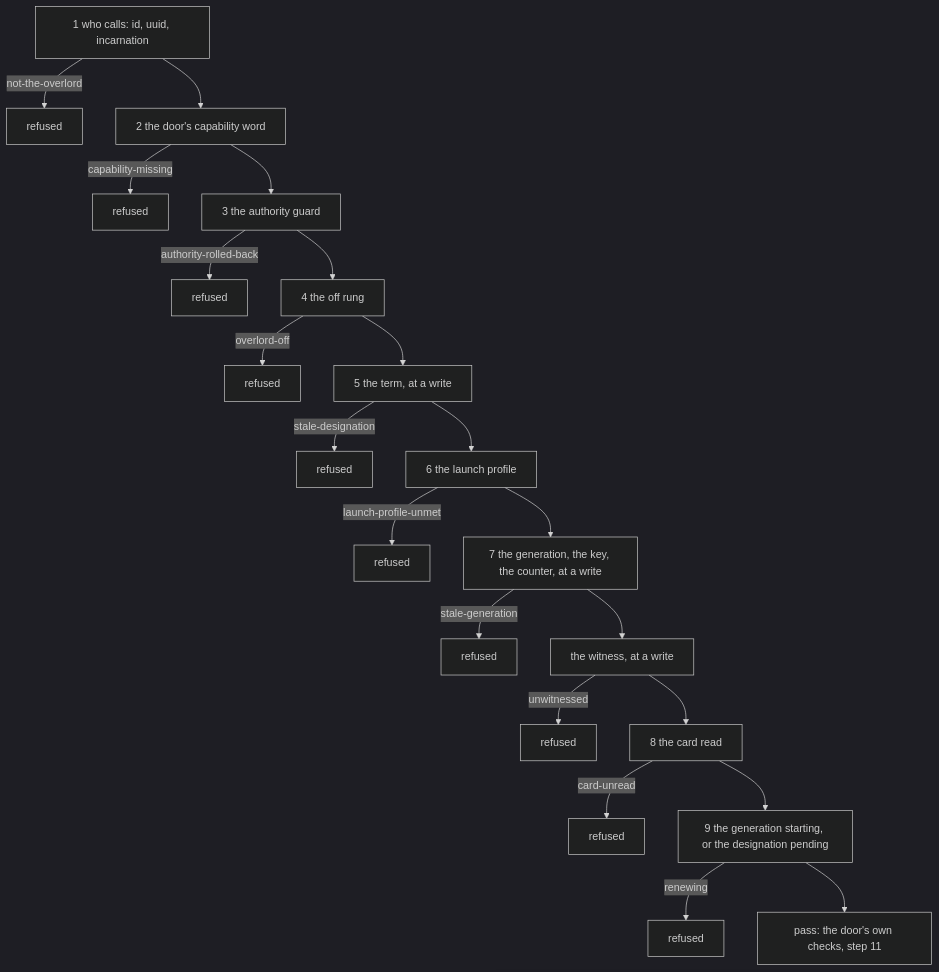
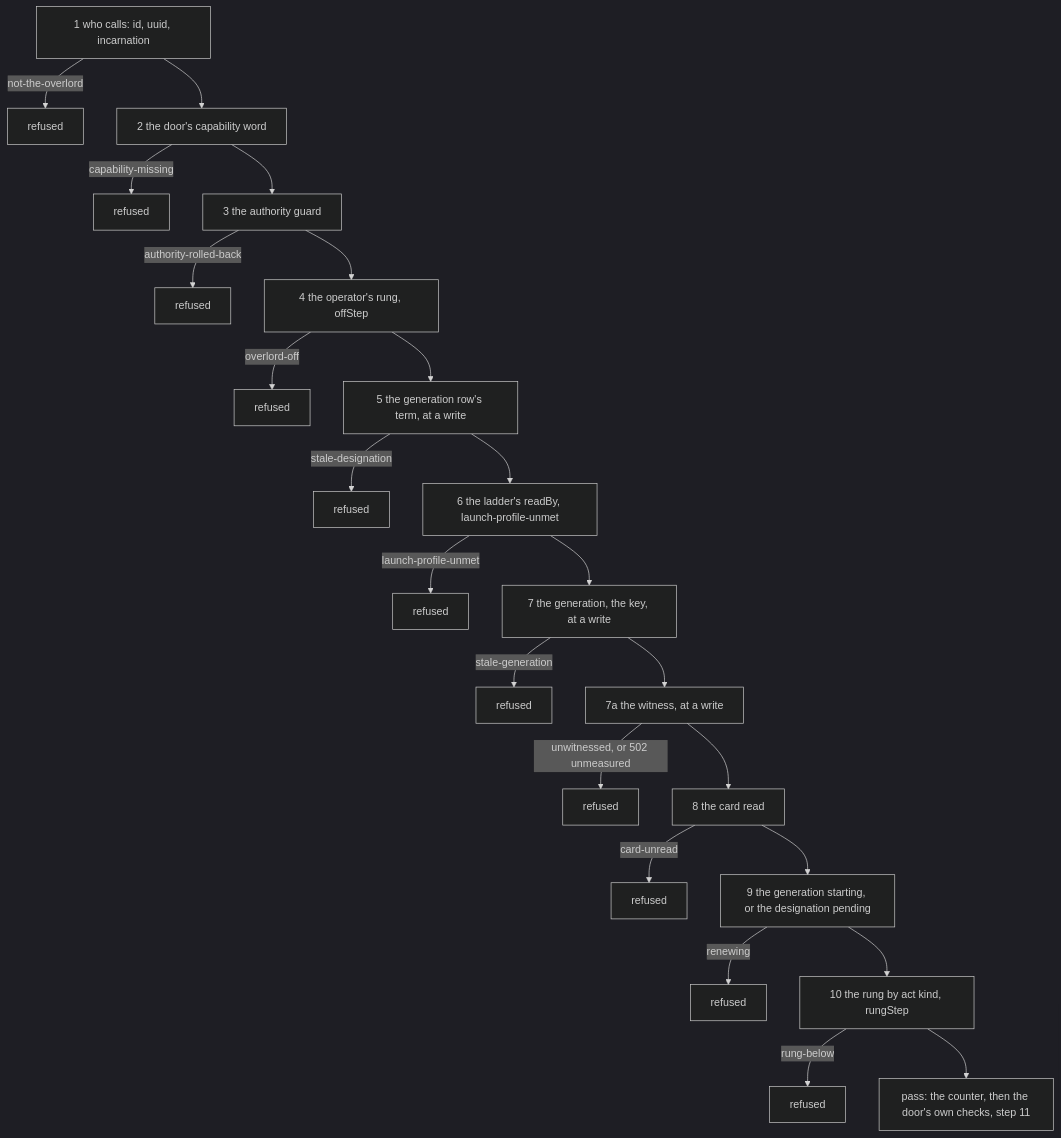
One commit to Synapsium-Labs/ccrc-pwa changed the second of 2 diagrams in docs/superpowers/plans/2026-11-14-overlord-w1/w1-gates.md. Above: the diagram before and after it, drawn with Mermaid (dark theme). The commit also changed other lines of this file and 1 other file, not shown here.

First line of the commit message:
docs(plan): the Overlord W1, Gates and identity: fix round 1

````diff
--- a/docs/superpowers/plans/2026-11-14-overlord-w1/w1-gates.md
+++ b/docs/superpowers/plans/2026-11-14-overlord-w1/w1-gates.md
@@ -73,14 +78,15 @@
 ```mermaid
 flowchart TD
   S1["1 who calls: id, uuid, incarnation"] -->|"not-the-overlord"| X1["refused"]
   S1 --> S2["2 the door's capability word"] -->|"capability-missing"| X2["refused"]
   S2 --> S3["3 the authority guard"] -->|"authority-rolled-back"| X3["refused"]
-  S3 --> S4["4 the off rung"] -->|"overlord-off"| X4["refused"]
-  S4 --> S5["5 the term, at a write"] -->|"stale-designation"| X5["refused"]
-  S5 --> S6["6 the launch profile"] -->|"launch-profile-unmet"| X6["refused"]
-  S6 --> S7["7 the generation, the key, the counter, at a write"] -->|"stale-generation"| X7["refused"]
-  S7 --> S7a["the witness, at a write"] -->|"unwitnessed"| X7a["refused"]
+  S3 --> S4["4 the operator's rung, offStep"] -->|"overlord-off"| X4["refused"]
+  S4 --> S5["5 the generation row's term, at a write"] -->|"stale-designation"| X5["refused"]
+  S5 --> S6["6 the ladder's readBy, launch-profile-unmet"] -->|"launch-profile-unmet"| X6["refused"]
+  S6 --> S7["7 the generation, the key, at a write"] -->|"stale-generation"| X7["refused"]
+  S7 --> S7a["7a the witness, at a write"] -->|"unwitnessed, or 502 unmeasured"| X7a["refused"]
   S7a --> S8["8 the card read"] -->|"card-unread"| X8["refused"]
   S8 --> S9["9 the generation starting, or the designation pending"] -->|"renewing"| X9["refused"]
-  S9 --> P["pass: the door's own checks, step 11"]
+  S9 --> S10["10 the rung by act kind, rungStep"] -->|"rung-below"| X10["refused"]
+  S10 --> P["pass: the counter, then the door's own checks, step 11"]
 ```
````
